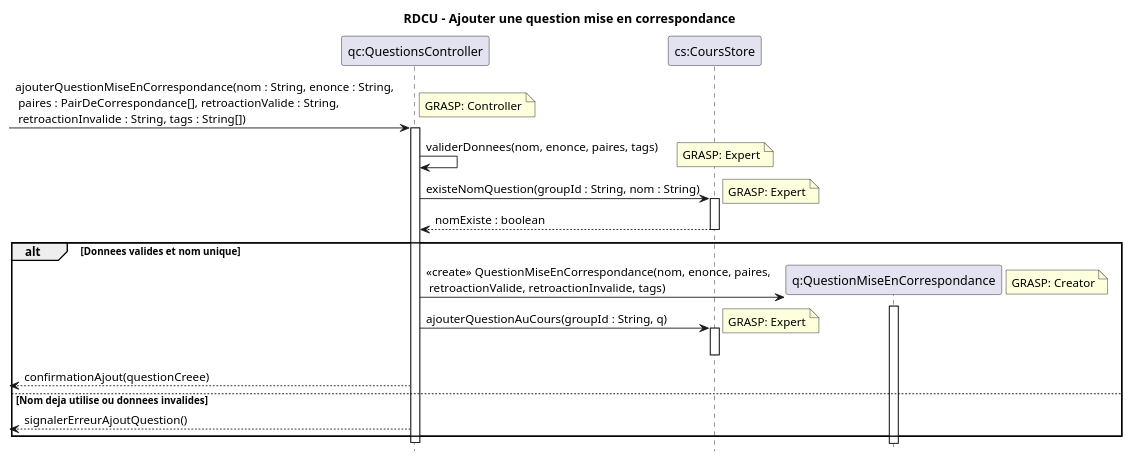
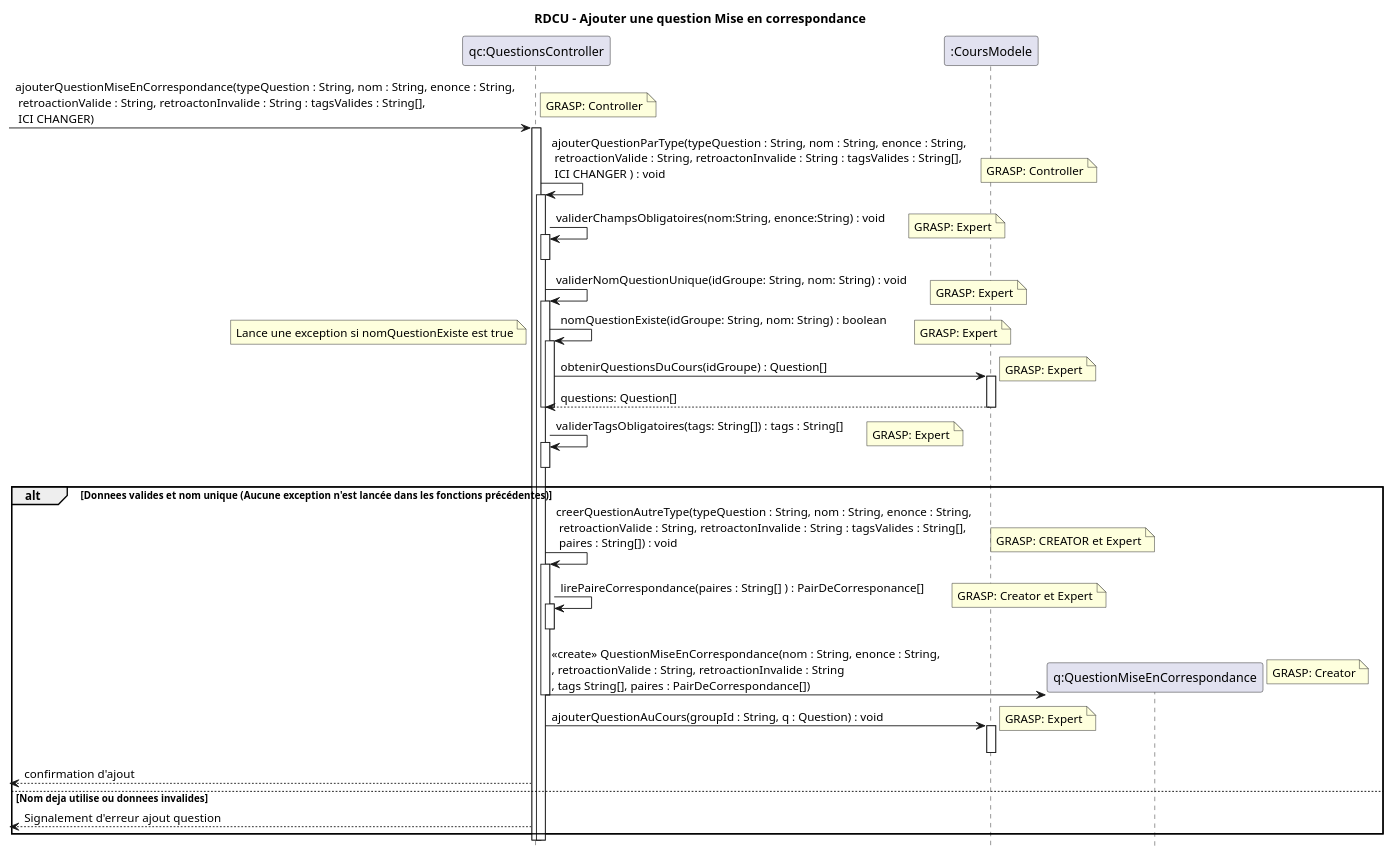
The diagram in docs/modeles/cu02/rdcu-ajouter-question-mise-en-correspondance.puml (xMrYahya/moodle-clone), drawn with PlantUML before and after one commit. The commit also changed 26 other files, not shown here.

Commit message:
Fix des diagrams ajout et modifier

```diff
--- a/docs/modeles/cu02/rdcu-ajouter-question-mise-en-correspondance.puml
+++ b/docs/modeles/cu02/rdcu-ajouter-question-mise-en-correspondance.puml
@@ -1,40 +1,64 @@
 @startuml
 hide footbox
-title RDCU - Ajouter une question mise en correspondance
+title RDCU - Ajouter une question Mise en correspondance
 
 participant "qc:QuestionsController" as QC
-participant "cs:CoursStore" as CS
+participant ":CoursModele" as CM
 participant "q:QuestionMiseEnCorrespondance" as Q
 
--> QC : ajouterQuestionMiseEnCorrespondance(nom : String, enonce : String,\n paires : PairDeCorrespondance[], retroactionValide : String,\n retroactionInvalide : String, tags : String[])
+-> QC : ajouterQuestionMiseEnCorrespondance(typeQuestion : String, nom : String, enonce : String,\n retroactionValide : String, retroactonInvalide : String : tagsValides : String[],\n ICI CHANGER)
 note right: GRASP: Controller
 activate QC
+QC -> QC ++: ajouterQuestionParType(typeQuestion : String, nom : String, enonce : String,\n retroactionValide : String, retroactonInvalide : String : tagsValides : String[],\n ICI CHANGER ) : void
+note right: GRASP: Controller
 
-QC -> QC : validerDonnees(nom, enonce, paires, tags)
+
+QC -> QC ++: validerChampsObligatoires(nom:String, enonce:String) : void
 note right: GRASP: Expert
 
-QC -> CS : existeNomQuestion(groupId : String, nom : String)
+deactivate QC
+
+QC -> QC ++: validerNomQuestionUnique(idGroupe: String, nom: String) : void
 note right: GRASP: Expert
-activate CS
-CS --> QC : nomExiste : boolean
-deactivate CS
 
-alt Donnees valides et nom unique
-  create Q
-  QC -> Q : <<create>> QuestionMiseEnCorrespondance(nom, enonce, paires,\n retroactionValide, retroactionInvalide, tags)
+QC -> QC ++: nomQuestionExiste(idGroupe: String, nom: String) : boolean
+note left: Lance une exception si nomQuestionExiste est true
+note right: GRASP: Expert
+
+
+QC -> CM ++: obtenirQuestionsDuCours(idGroupe) : Question[]
+note right: GRASP: Expert
+CM --> QC --: questions: Question[]
+deactivate QC
+deactivate QC
+
+QC -> QC ++: validerTagsObligatoires(tags: String[]) : tags : String[]
+note right: GRASP: Expert
+deactivate QC
+
+alt Donnees valides et nom unique (Aucune exception n'est lancée dans les fonctions précédentes)
+  QC -> QC ++: creerQuestionAutreType(typeQuestion : String, nom : String, enonce : String,\n retroactionValide : String, retroactonInvalide : String : tagsValides : String[],\n paires : String[]) : void
+  note right: GRASP: CREATOR et Expert
+
+  QC -> QC ++: lirePaireCorrespondance(paires : String[] ) : PairDeCorresponance[]
+  note right: GRASP: Creator et Expert
+  deactivate QC 
+
+  QC -> Q **: <<create>> QuestionMiseEnCorrespondance(nom : String, enonce : String,\n, retroactionValide : String, retroactionInvalide : String \n, tags String[], paires : PairDeCorrespondance[])
   note right: GRASP: Creator
-  activate Q
-  deactivate Q
 
-  QC -> CS : ajouterQuestionAuCours(groupId : String, q)
+  deactivate QC
+  QC -> CM : ajouterQuestionAuCours(groupId : String, q : Question) : void
   note right: GRASP: Expert
-  activate CS
-  deactivate CS
+  activate CM
+  deactivate CM
 
-  <-- QC : confirmationAjout(questionCreee)
+    <-- QC : confirmation d'ajout
 else Nom deja utilise ou donnees invalides
-  <-- QC : signalerErreurAjoutQuestion()
+    <-- QC : Signalement d'erreur ajout question
+
 end
+deactivate QC
+deactivate QC
 
-deactivate QC
 @enduml
```
